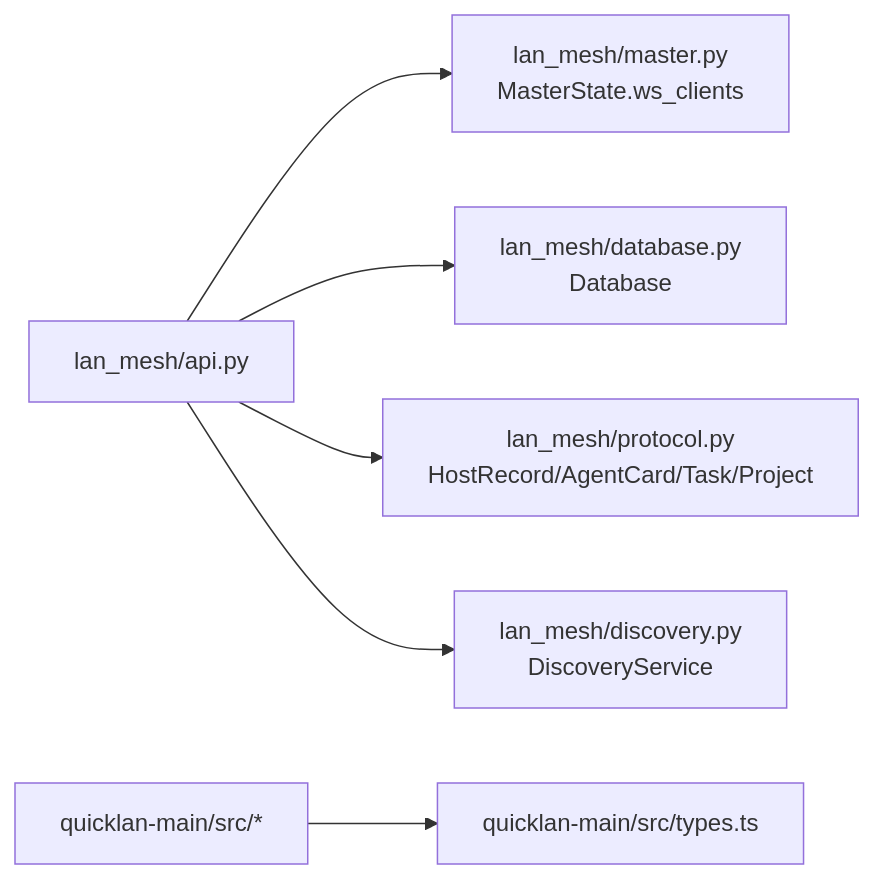
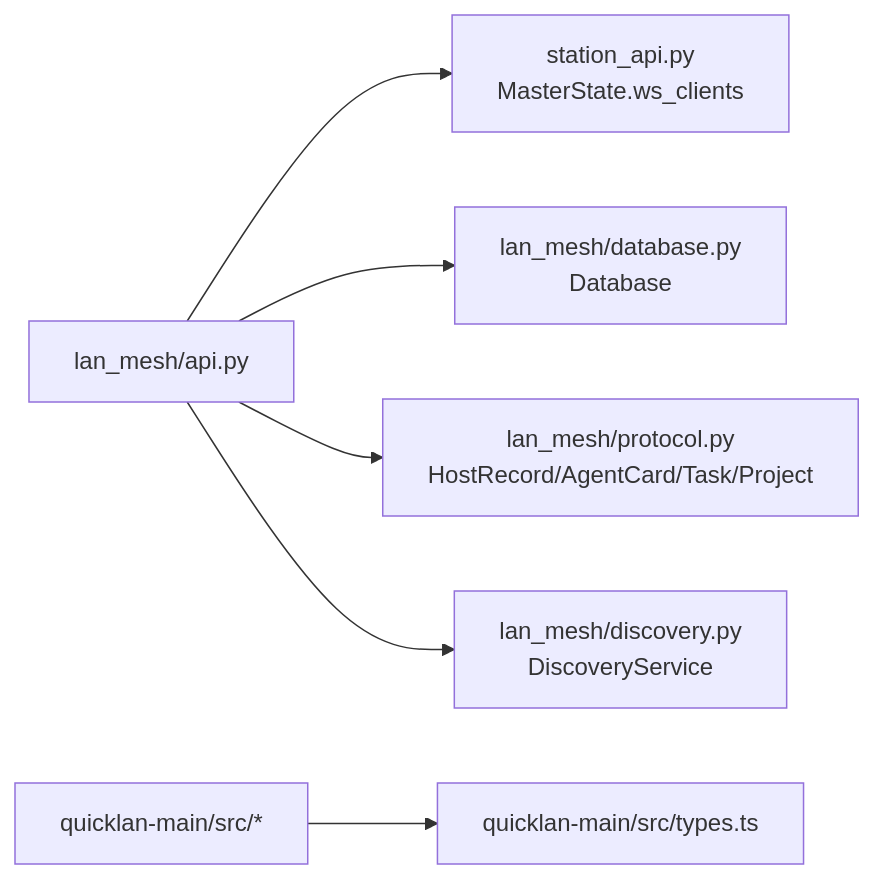
Before and after one commit to targalian/Personal-distributed-workstation: the sixth of 6 diagrams in .qoder/repowiki/zh/content/Web API 接口/WebSocket 实时通信.md, drawn with Mermaid. The commit also changed other lines of this file and 63 other files, not shown here.

Commit message:
docs(station): 同步 repo wiki 至 station_controller/station_api 架构

````diff
--- a/.qoder/repowiki/zh/content/Web API 接口/WebSocket 实时通信.md
+++ b/.qoder/repowiki/zh/content/Web API 接口/WebSocket 实时通信.md
@@ -244,8 +244,8 @@
 ```mermaid
 graph LR
-API["lan_mesh/api.py"] --> State["lan_mesh/master.py<br/>MasterState.ws_clients"]
+API["lan_mesh/api.py"] --> State["station_api.py<br/>MasterState.ws_clients"]
 API --> DB["lan_mesh/database.py<br/>Database"]
 API --> Proto["lan_mesh/protocol.py<br/>HostRecord/AgentCard/Task/Project"]
 API --> Disc["lan_mesh/discovery.py<br/>DiscoveryService"]
 FE["quicklan-main/src/*"] --> Types["quicklan-main/src/types.ts"]
 ```
````
